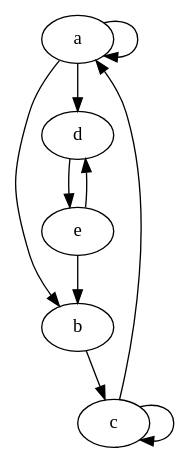
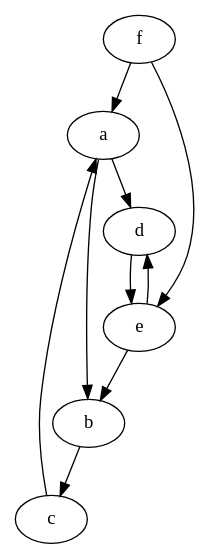
Before and after one commit to create-ensemble/feedback: the diagram in diagram/weird.dot, drawn with Graphviz. The commit also changed 13 other files, not shown here.

Commit message:
added a bunch of diagrams for paper

```diff
--- a/diagram/weird.dot
+++ b/diagram/weird.dot
@@ -1,8 +1,7 @@
 digraph weird {
   a -> b -> c -> a
   d -> e -> d
   a -> d
   e -> b
-  a -> a
-  c -> c
+  f -> {e a}
 }
```
